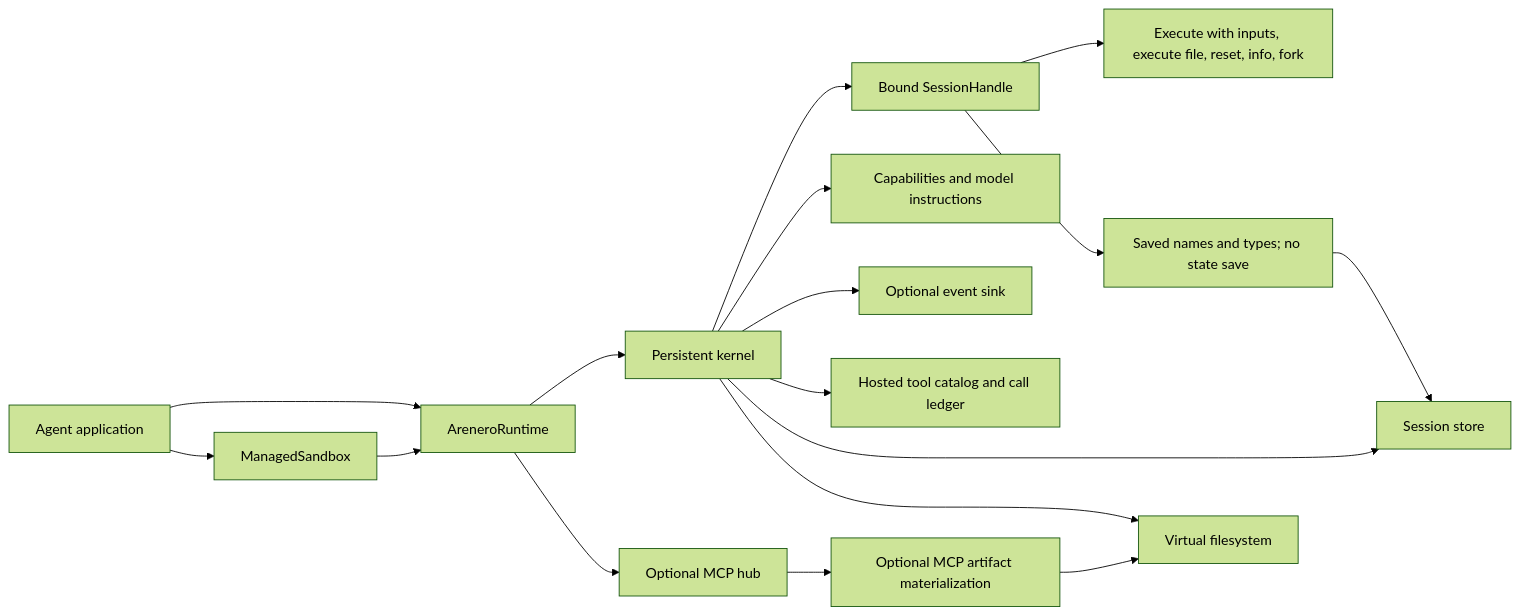
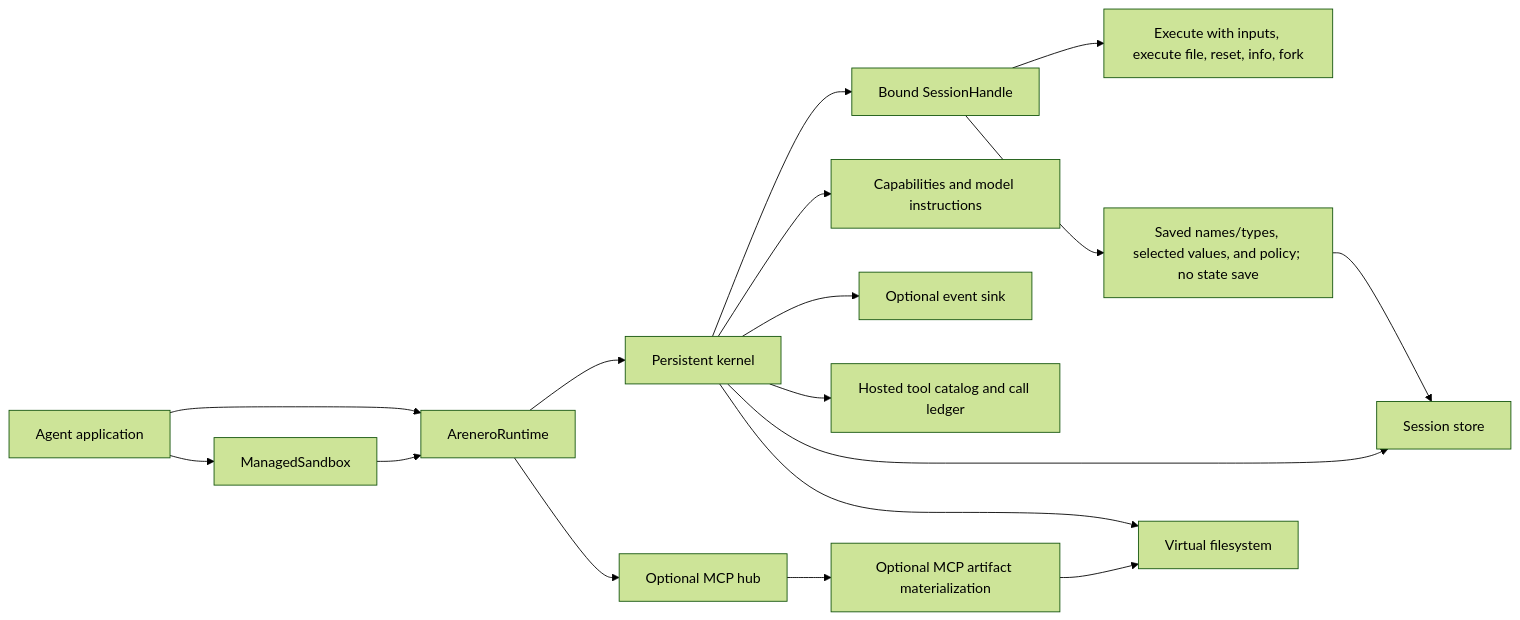
The first of 2 diagrams in docs/quality-of-life.md (sgaseretto/arenero), drawn with Mermaid (forest theme) before and after one commit. The commit also changed other lines of this file and 28 other files, not shown here.

````diff
--- a/docs/quality-of-life.md
+++ b/docs/quality-of-life.md
@@ -8,19 +8,19 @@
 ```mermaid
 flowchart LR
     App["Agent application"] --> Runtime["AreneroRuntime"]
     App --> Managed["ManagedSandbox"]
     Managed --> Runtime
     Runtime --> Kernel["Persistent kernel"]
     Runtime --> Hub["Optional MCP hub"]
     Kernel --> Handle["Bound SessionHandle"]
     Handle --> Execute["Execute with inputs, execute file, reset, info, fork"]
-    Handle --> Inspect["Saved names and types; no state save"]
+    Handle --> Inspect["Saved names/types, selected values, and policy; no state save"]
     Inspect --> Store
     Kernel --> Report["Capabilities and model instructions"]
     Kernel --> Events["Optional event sink"]
     Kernel --> Hosted["Hosted tool catalog and call ledger"]
     Kernel --> Store["Session store"]
     Kernel --> Files["Virtual filesystem"]
     Hub --> Artifacts["Optional MCP artifact materialization"]
     Artifacts --> Files
 ```
````
